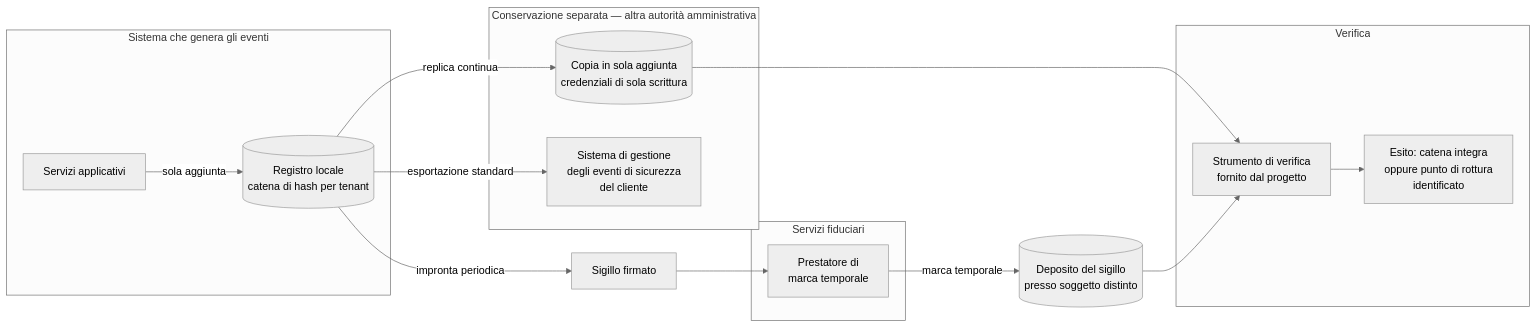
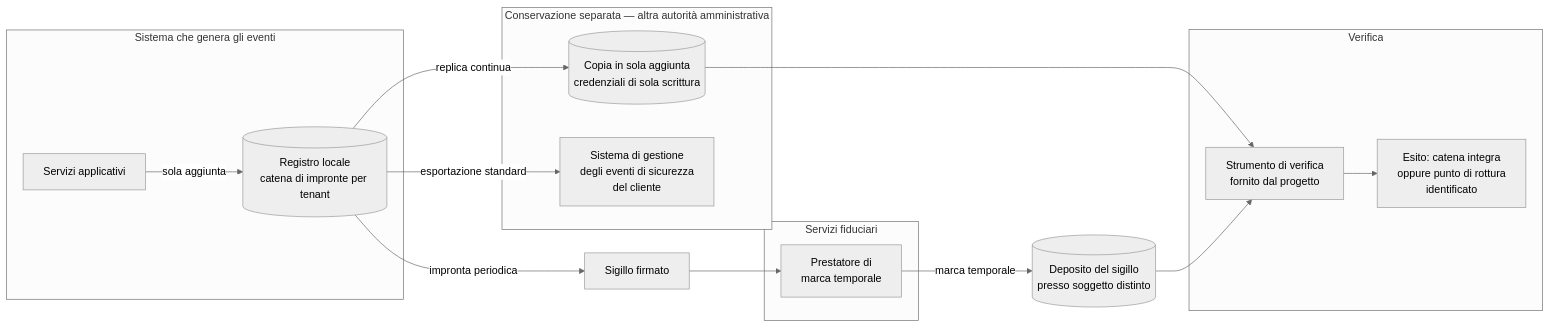
The fifth of 5 diagrams in docs/10_fondamenti/12-crittografia-e-sicurezza.md (fedcal/Telemedic), drawn with Mermaid (neutral theme) before and after one commit. The commit also changed other lines of this file and 58 other files, not shown here.

First line of the commit message:
docs: glossario, roadmap sotto D53, conformità allineata, inglese su due aree

````diff
--- a/docs/10_fondamenti/12-crittografia-e-sicurezza.md
+++ b/docs/10_fondamenti/12-crittografia-e-sicurezza.md
@@ -2002,26 +2002,26 @@
 ```mermaid
 flowchart LR
     subgraph GEN["Sistema che genera gli eventi"]
-        APP["Servizi applicativi"] -- "sola aggiunta" --> CH[("Registro locale<br/>catena di hash per tenant")]
+        APP["Servizi applicativi"] -- "sola aggiunta" --> CH[("Registro locale<br/>catena di impronte per tenant")]
     end
     subgraph SEP["Conservazione separata — altra autorità amministrativa"]
         COPY[("Copia in sola aggiunta<br/>credenziali di sola scrittura")]
         SIEM["Sistema di gestione<br/>degli eventi di sicurezza<br/>del cliente"]
     end
     subgraph TRUST["Servizi fiduciari"]
         TSA["Prestatore di<br/>marca temporale"]
     end
     subgraph VER["Verifica"]
         TOOL["Strumento di verifica<br/>fornito dal progetto"]
         OUT["Esito: catena integra<br/>oppure punto di rottura<br/>identificato"]
     end
 
     CH -- "replica continua" --> COPY
     CH -- "esportazione standard" --> SIEM
     CH -- "impronta periodica" --> SEAL["Sigillo firmato"]
     SEAL --> TSA
     TSA -- "marca temporale" --> DEP[("Deposito del sigillo<br/>presso soggetto distinto")]
     COPY --> TOOL
     DEP --> TOOL
     TOOL --> OUT
 ```
````
